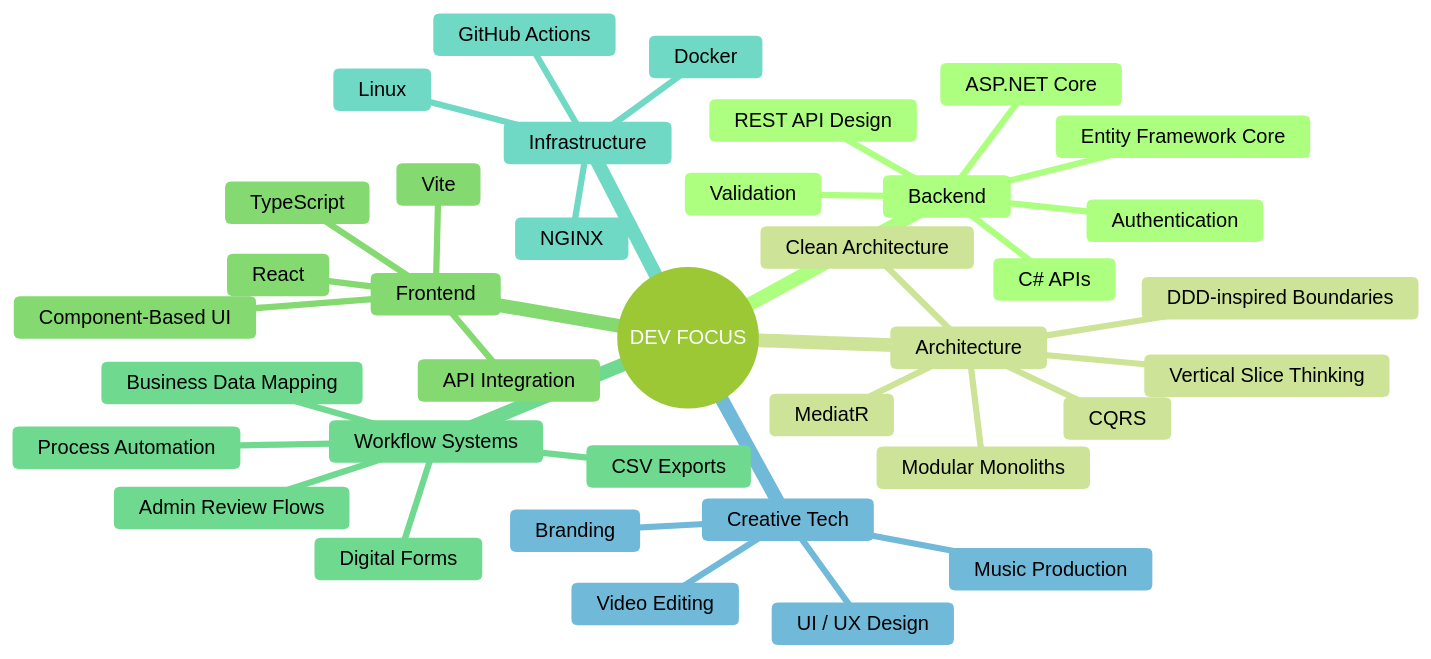
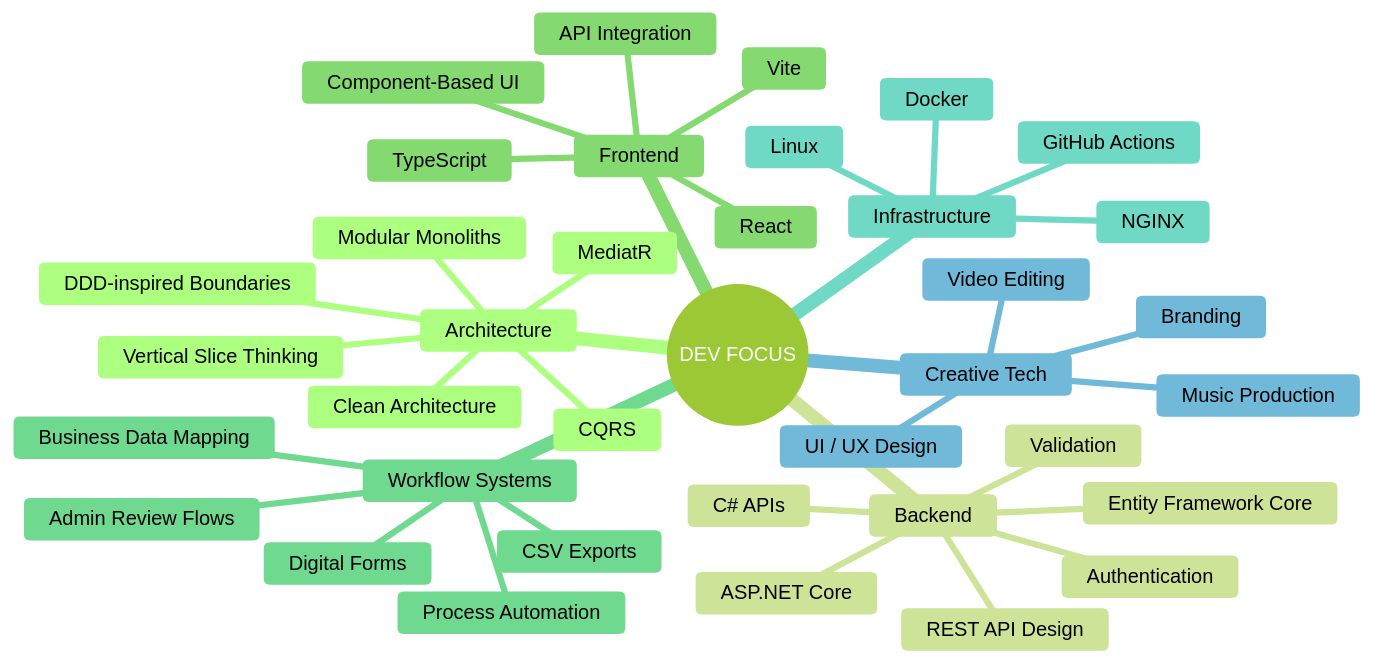
The diagram in README.md (wizard-nazim/wizard-nazim), drawn with Mermaid (forest theme) before and after one commit. The commit also changed other lines of this file, not shown here.

````diff
--- a/README.md
+++ b/README.md
@@ -128,45 +131,45 @@
 ```mermaid
 mindmap
   root((DEV FOCUS))
+    Architecture
+      Clean Architecture
+      Modular Monoliths
+      CQRS
+      DDD-inspired Boundaries
+      MediatR
+      Vertical Slice Thinking
+
     Backend
       ASP.NET Core
       C# APIs
       REST API Design
       Entity Framework Core
       Authentication
       Validation
-
-    Architecture
-      Clean Architecture
-      Modular Monoliths
-      CQRS
-      DDD-inspired Boundaries
-      MediatR
-      Vertical Slice Thinking
 
     Frontend
       React
       TypeScript
       Vite
       API Integration
       Component-Based UI
 
     Workflow Systems
       Digital Forms
       Admin Review Flows
       CSV Exports
       Business Data Mapping
       Process Automation
 
     Infrastructure
       Linux
       GitHub Actions
       Docker
       NGINX
 
     Creative Tech
       UI / UX Design
       Branding
       Music Production
       Video Editing
 ```
````
